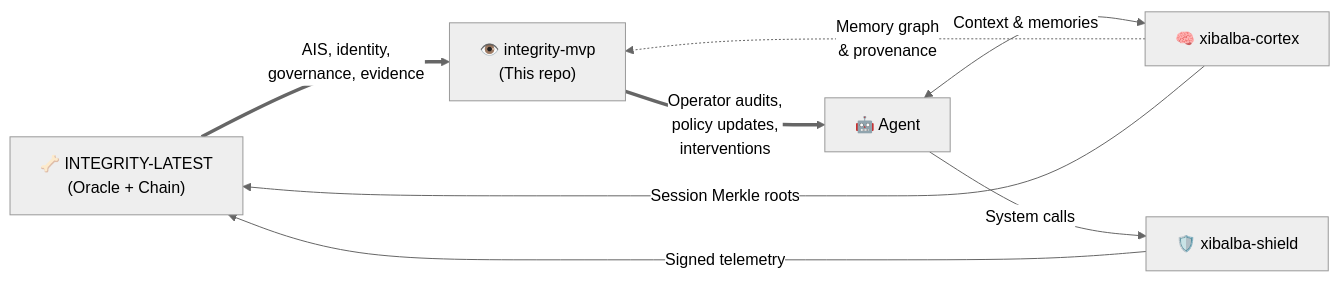
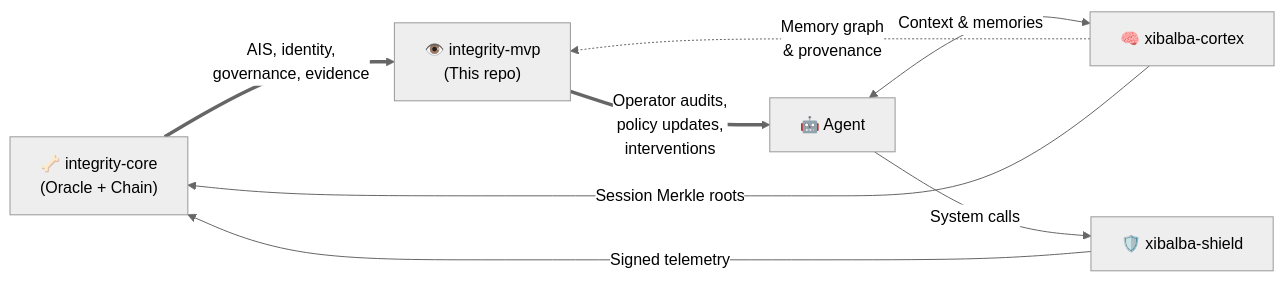
One commit to XibalbaTechSol/integrity-console changed the diagram in integrity-dashboard/README.md. Above: the diagram before and after it, drawn with Mermaid (neutral theme). The commit also changed other lines of this file and 10 other files, not shown here.

First line of the commit message:
Rename project: INTEGRITY-LATEST -> integrity-core

````diff
--- a/integrity-dashboard/README.md
+++ b/integrity-dashboard/README.md
@@ -34,10 +34,10 @@
 ```mermaid
 flowchart LR
-    Backbone["🦴 INTEGRITY-LATEST<br/>(Oracle + Chain)"] ==>|"AIS, identity,<br/>governance, evidence"| Eyes["👁️ integrity-mvp<br/>(This repo)"]
+    Backbone["🦴 integrity-core<br/>(Oracle + Chain)"] ==>|"AIS, identity,<br/>governance, evidence"| Eyes["👁️ integrity-mvp<br/>(This repo)"]
     Brain["🧠 xibalba-cortex"] -.->|"Memory graph<br/>& provenance"| Eyes
     Immune["🛡️ xibalba-shield"] -->|"Signed telemetry"| Backbone
     Brain -->|"Session Merkle roots"| Backbone
     Eyes ==>|"Operator audits,<br/>policy updates,<br/>interventions"| Agent["🤖 Agent"]
     Agent <-->|"Context & memories"| Brain
     Agent -->|"System calls"| Immune
 ```
````
